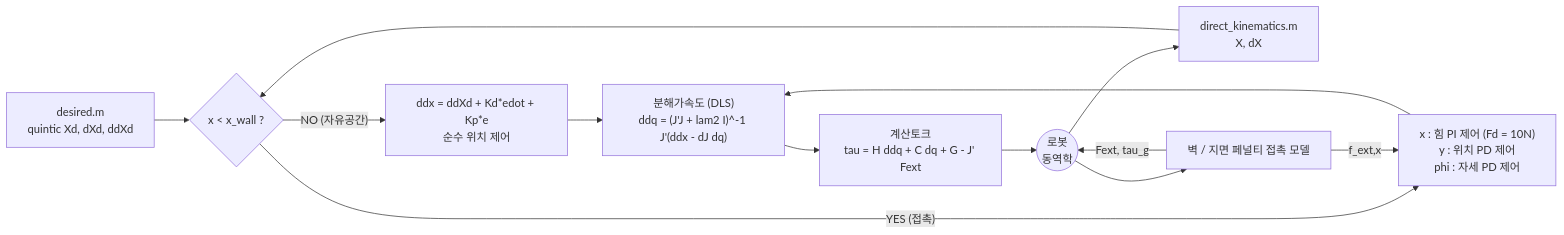
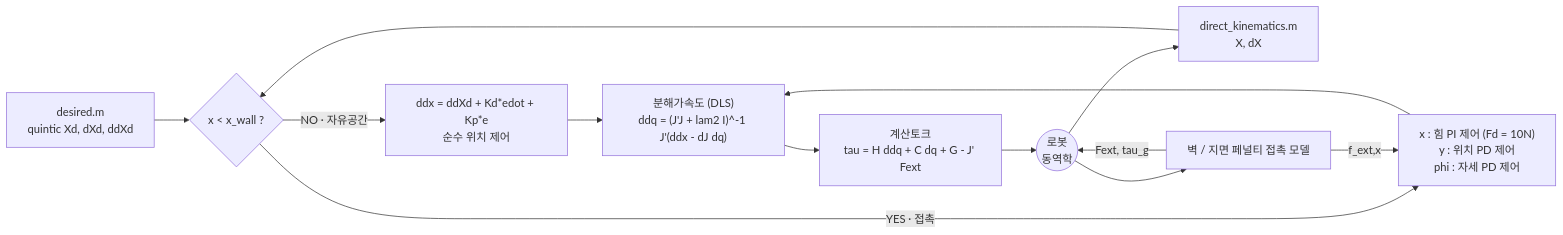
The diagram in README.md (choichi5/robotsys), drawn with Mermaid before and after one commit.

Commit message:
Use the pipe form for the mermaid edge labels
The `A -- "text" --> B` form renders the quotation marks literally.

````diff
--- a/README.md
+++ b/README.md
@@ -247,15 +247,15 @@
 ```mermaid
 flowchart LR
     D["desired.m<br/>quintic Xd, dXd, ddXd"] --> SW{"x &lt; x_wall ?"}
-    SW -- "NO (자유공간)" --> FS["ddx = ddXd + Kd*edot + Kp*e<br/>순수 위치 제어"]
-    SW -- "YES (접촉)" --> HY["x : 힘 PI 제어 (Fd = 10N)<br/>y : 위치 PD 제어<br/>phi : 자세 PD 제어"]
+    SW -->|"NO · 자유공간"| FS["ddx = ddXd + Kd*edot + Kp*e<br/>순수 위치 제어"]
+    SW -->|"YES · 접촉"| HY["x : 힘 PI 제어 (Fd = 10N)<br/>y : 위치 PD 제어<br/>phi : 자세 PD 제어"]
     FS --> RA
     HY --> RA["분해가속도 (DLS)<br/>ddq = (J'J + lam2 I)^-1 J'(ddx - dJ dq)"]
     RA --> CT["계산토크<br/>tau = H ddq + C dq + G - J' Fext"]
     CT --> RB(("로봇<br/>동역학"))
     RB --> FK["direct_kinematics.m<br/>X, dX"]
     FK --> SW
     RB --> ENV["벽 / 지면 페널티 접촉 모델"]
-    ENV -- "Fext, tau_g" --> RB
-    ENV -- "f_ext,x" --> HY
+    ENV -->|"Fext, tau_g"| RB
+    ENV -->|"f_ext,x"| HY
 ```
````
